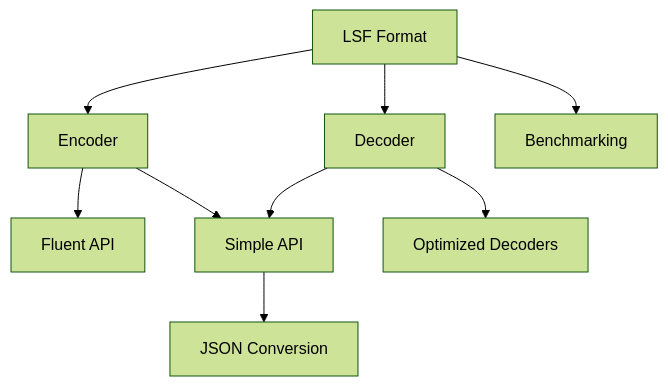
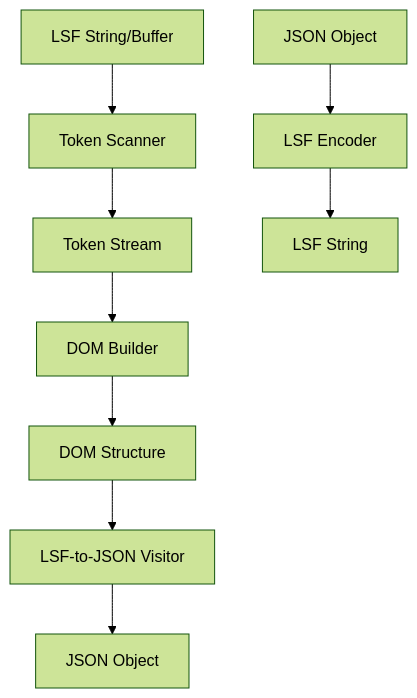
Before and after one commit to LadislavSopko/lsf: the first of 2 diagrams in .memory-bank/systemPatterns.md, drawn with Mermaid (forest theme). The commit also changed other lines of this file and 56 other files, not shown here.

````diff
--- a/.memory-bank/systemPatterns.md
+++ b/.memory-bank/systemPatterns.md
@@ -7,11 +7,12 @@
 ```mermaid
-graph TD
-    A[LSF Format] --> B[Encoder]
-    A --> C[Decoder]
-    B --> D[Fluent API]
-    B --> E[Simple API]
-    C --> E
-    E --> F[JSON Conversion]
-    A --> G[Benchmarking]
-    C --> H[Optimized Decoders]
+flowchart TD
+    Input[LSF String/Buffer] --> TokenScanner[Token Scanner]
+    TokenScanner --> TokenStream[Token Stream]
+    TokenStream --> DOMBuilder[DOM Builder]
+    DOMBuilder --> DOM[DOM Structure]
+    DOM --> Visitor[LSF-to-JSON Visitor]
+    Visitor --> Output[JSON Object]
+    
+    JSONInput[JSON Object] --> Encoder[LSF Encoder]
+    Encoder --> LSFOutput[LSF String]
 ```
````
